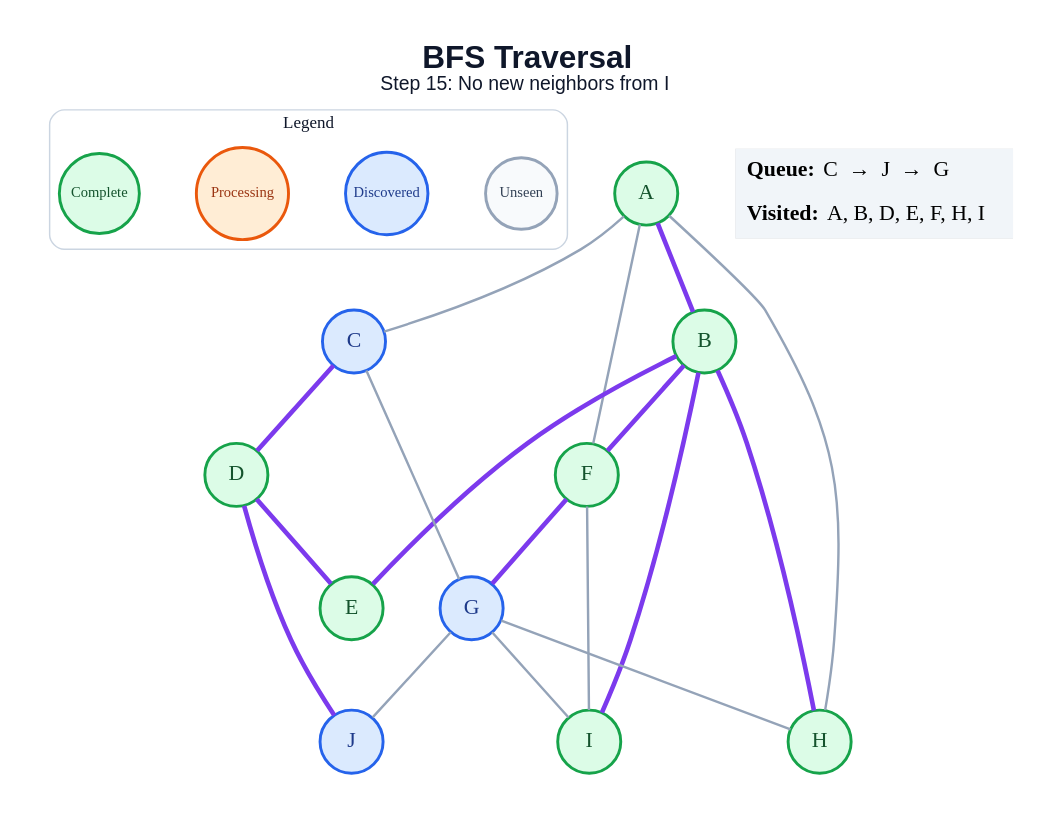
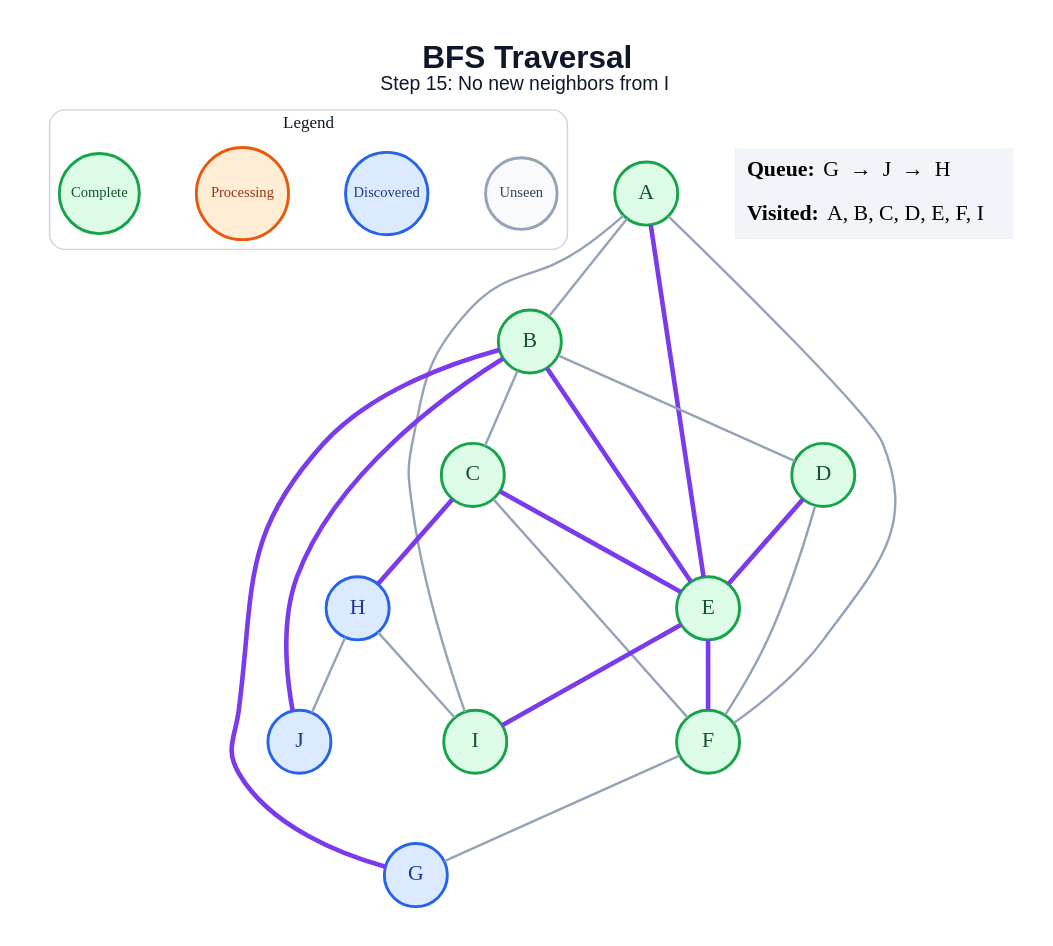
One commit to amanghodawala9/ai-slop changed the diagram in generated/specific-node/bfs/step_15.dot. Above: the diagram before and after it, drawn with Graphviz. The commit also changed 178 other files, not shown here.

```diff
--- a/generated/specific-node/bfs/step_15.dot
+++ b/generated/specific-node/bfs/step_15.dot
@@ -1,46 +1,48 @@
 graph traversal {
   graph [layout=dot, rankdir=TB, bgcolor="#FFFFFF", pad="0.35", nodesep="0.65", ranksep="0.8", fontname="Arial"];
   node [shape=circle, style="filled", fontname="Arial Bold", fontsize=18, width=0.72, fixedsize=true, penwidth=2.4];
   edge [color="#94A3B8", penwidth=2.0];
   label=<<B>BFS Traversal</B><BR/><FONT POINT-SIZE="16">Step 15: No new neighbors from I</FONT>>; labelloc="t"; fontsize=26; fontname="Arial"; fontcolor="#0F172A";
   subgraph cluster_legend { label="Legend"; color="#CBD5E1"; penwidth=1.2; style="rounded"; fontsize=14; fontname="Arial Bold";
     key_unseen [label="Unseen", fillcolor="#F8FAFC", color="#94A3B8", fontcolor="#334155", fontsize=12, width=0.82];
     key_frontier [label="Discovered", fillcolor="#DBEAFE", color="#2563EB", fontcolor="#1E3A8A", fontsize=12, width=0.95];
     key_current [label="Processing", fillcolor="#FFEDD5", color="#EA580C", fontcolor="#9A3412", fontsize=12, width=1.05];
     key_done [label="Complete", fillcolor="#DCFCE7", color="#16A34A", fontcolor="#14532D", fontsize=12, width=0.92];
     { rank=same; key_unseen; key_frontier; key_current; key_done; }
   }
   A [fillcolor="#DCFCE7", color="#16A34A", fontcolor="#14532D"];
   B [fillcolor="#DCFCE7", color="#16A34A", fontcolor="#14532D"];
-  C [fillcolor="#DBEAFE", color="#2563EB", fontcolor="#1E3A8A"];
+  C [fillcolor="#DCFCE7", color="#16A34A", fontcolor="#14532D"];
   D [fillcolor="#DCFCE7", color="#16A34A", fontcolor="#14532D"];
   E [fillcolor="#DCFCE7", color="#16A34A", fontcolor="#14532D"];
   F [fillcolor="#DCFCE7", color="#16A34A", fontcolor="#14532D"];
   G [fillcolor="#DBEAFE", color="#2563EB", fontcolor="#1E3A8A"];
-  H [fillcolor="#DCFCE7", color="#16A34A", fontcolor="#14532D"];
+  H [fillcolor="#DBEAFE", color="#2563EB", fontcolor="#1E3A8A"];
   I [fillcolor="#DCFCE7", color="#16A34A", fontcolor="#14532D"];
   J [fillcolor="#DBEAFE", color="#2563EB", fontcolor="#1E3A8A"];
-  A -- B [color="#7C3AED", penwidth=3.8];
-  A -- C;
+  A -- B;
+  A -- E [color="#7C3AED", penwidth=3.8];
   A -- F;
-  A -- H;
+  A -- I;
+  B -- C;
+  B -- D;
   B -- E [color="#7C3AED", penwidth=3.8];
-  B -- F [color="#7C3AED", penwidth=3.8];
-  B -- H [color="#7C3AED", penwidth=3.8];
-  B -- I [color="#7C3AED", penwidth=3.8];
-  C -- D [color="#7C3AED", penwidth=3.8];
-  C -- G;
+  B -- G [color="#7C3AED", penwidth=3.8];
+  B -- J [color="#7C3AED", penwidth=3.8];
+  C -- E [color="#7C3AED", penwidth=3.8];
+  C -- F;
+  C -- H [color="#7C3AED", penwidth=3.8];
   D -- E [color="#7C3AED", penwidth=3.8];
-  D -- J [color="#7C3AED", penwidth=3.8];
-  F -- G [color="#7C3AED", penwidth=3.8];
-  F -- I;
-  G -- H;
-  G -- I;
-  G -- J;
+  D -- F;
+  E -- F [color="#7C3AED", penwidth=3.8];
+  E -- I [color="#7C3AED", penwidth=3.8];
+  F -- G;
+  H -- I;
+  H -- J;
   status [shape=plain, fixedsize=false, width=0, height=0, margin=0, label=<
     <TABLE BORDER="0" CELLBORDER="0" CELLPADDING="7" BGCOLOR="#F1F5F9">
-      <TR><TD ALIGN="LEFT"><B>Queue:</B> C  →  J  →  G</TD></TR>
-      <TR><TD ALIGN="LEFT"><B>Visited:</B> A, B, D, E, F, H, I</TD></TR>
+      <TR><TD ALIGN="LEFT"><B>Queue:</B> G  →  J  →  H</TD></TR>
+      <TR><TD ALIGN="LEFT"><B>Visited:</B> A, B, C, D, E, F, I</TD></TR>
     </TABLE>
   >];
 }
```
